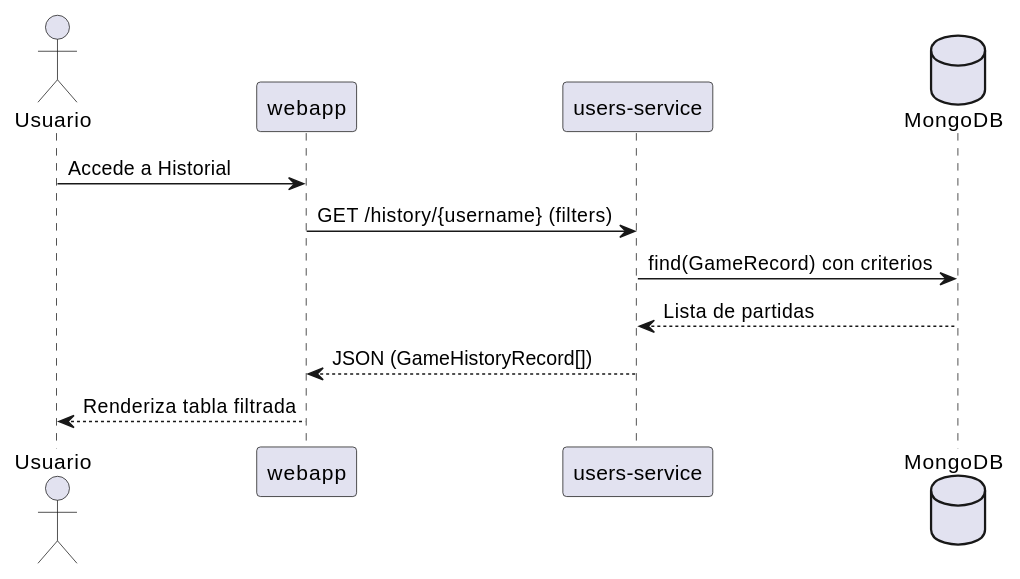
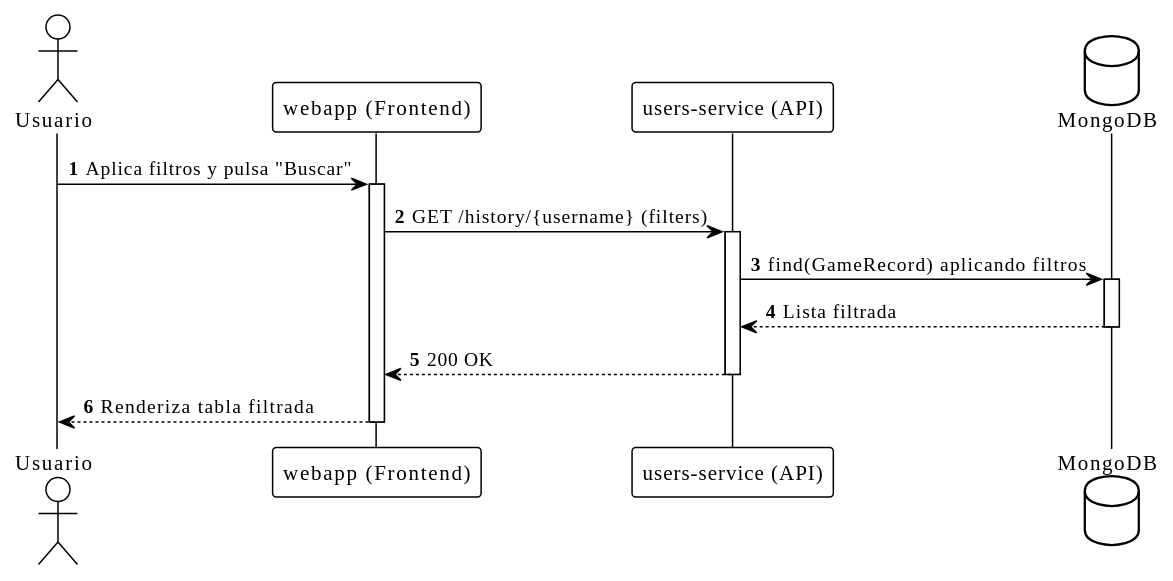
One commit to Arquisoft/yovi_es2a changed the sixth of 6 diagrams in docs/src/06_runtime_view.adoc. Above: the diagram before and after it, drawn with PlantUML. The commit also changed other lines of this file and 2 other files, not shown here.

Commit message:
version1 docu historial completa

```diff
--- a/docs/src/06_runtime_view.adoc
+++ b/docs/src/06_runtime_view.adoc
@@ -110,16 +123,26 @@
-[plantuml, runtime-history, png]
-----
+[plantuml, runtime-history-filtered, png]
+....
 @startuml
+!theme plain
+autonumber
+skinparam monochrome true
+
 actor Usuario
-participant "webapp" as web
-participant "users-service" as users
+participant "webapp (Frontend)" as web
+participant "users-service (API)" as users
 database "MongoDB" as mongo
 
-Usuario -> web: Accede a Historial
+Usuario -> web: Aplica filtros y pulsa "Buscar"
+activate web
 web -> users: GET /history/{username} (filters)
-users -> mongo: find(GameRecord) con criterios
-mongo --> users: Lista de partidas
-users --> web: JSON (GameHistoryRecord[])
+activate users
+users -> mongo: find(GameRecord) aplicando filtros
+activate mongo
+mongo --> users: Lista filtrada
+deactivate mongo
+users --> web: 200 OK
+deactivate users
 web --> Usuario: Renderiza tabla filtrada
+deactivate web
 @enduml
-----
+....
```
